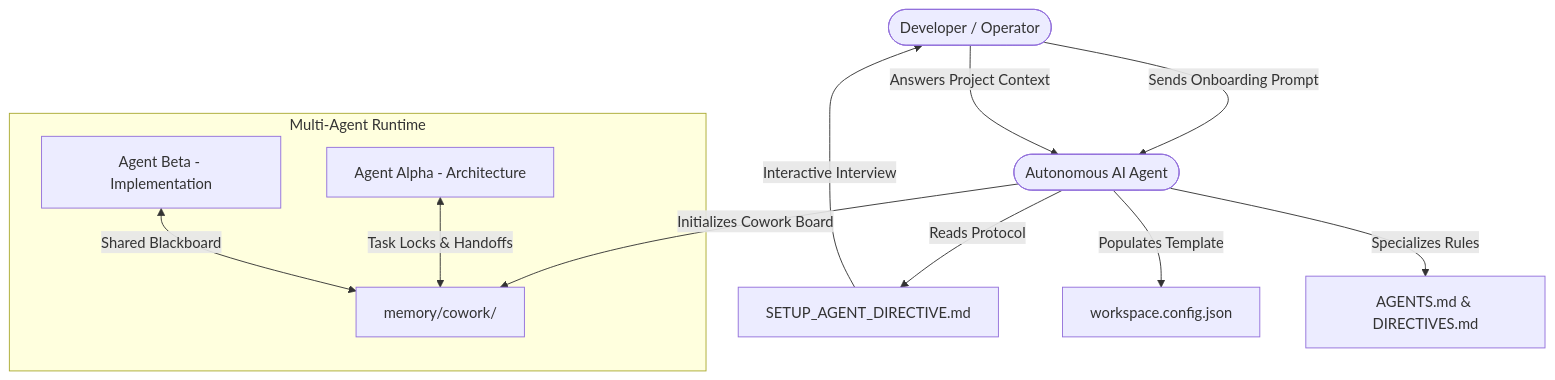
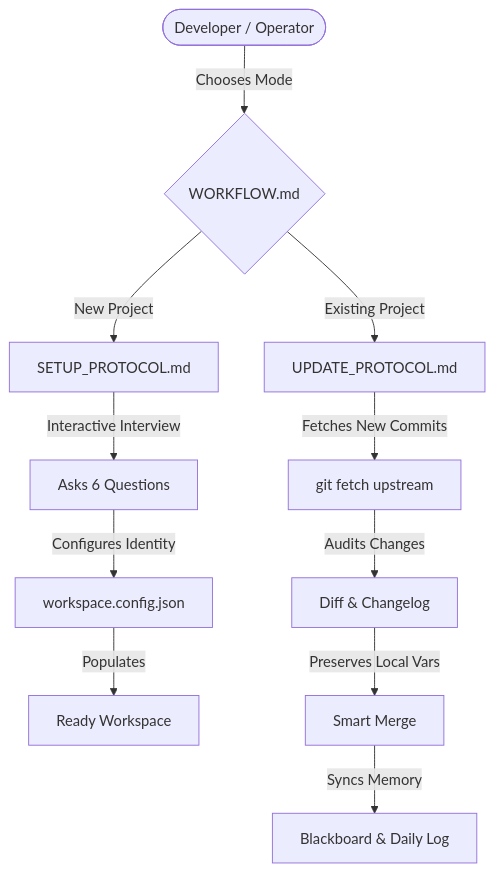
One commit to axion-dev-enterprise/agent-workspace-os changed the diagram in README.md. Above: the diagram before and after it, drawn with Mermaid. The commit also changed other lines of this file and 5 other files, not shown here.

Commit message:
[antigravity][agent-workspace-os] feat: add dual operational protocols (Setup vs Update) and sync automation

````diff
--- a/README.md
+++ b/README.md
@@ -55,15 +60,15 @@
 ```mermaid
 graph TD
-    User([Developer / Operator]) -->|Sends Onboarding Prompt| Agent([Autonomous AI Agent])
-    Agent -->|Reads Protocol| Directive[SETUP_AGENT_DIRECTIVE.md]
-    Directive -->|Interactive Interview| User
-    User -->|Answers Project Context| Agent
-    Agent -->|Populates Template| Config[workspace.config.json]
-    Agent -->|Specializes Rules| Rules[AGENTS.md & DIRECTIVES.md]
-    Agent -->|Initializes Cowork Board| Cowork[memory/cowork/]
+    User([Developer / Operator]) -->|Chooses Mode| Dispatcher{WORKFLOW.md}
     
-    subgraph Multi-Agent Runtime
-        Agent1[Agent Alpha - Architecture] <-->|Task Locks & Handoffs| Cowork
-        Agent2[Agent Beta - Implementation] <-->|Shared Blackboard| Cowork
-    end
+    Dispatcher -->|New Project| Setup[SETUP_PROTOCOL.md]
+    Setup -->|Interactive Interview| Ask[Asks 6 Questions]
+    Ask -->|Configures Identity| Config[workspace.config.json]
+    Config -->|Populates| Codebase[Ready Workspace]
+
+    Dispatcher -->|Existing Project| Update[UPDATE_PROTOCOL.md]
+    Update -->|Fetches New Commits| GitFetch[git fetch upstream]
+    GitFetch -->|Audits Changes| Audit[Diff & Changelog]
+    Audit -->|Preserves Local Vars| SafeMerge[Smart Merge]
+    SafeMerge -->|Syncs Memory| Memory[Blackboard & Daily Log]
 ```
````
